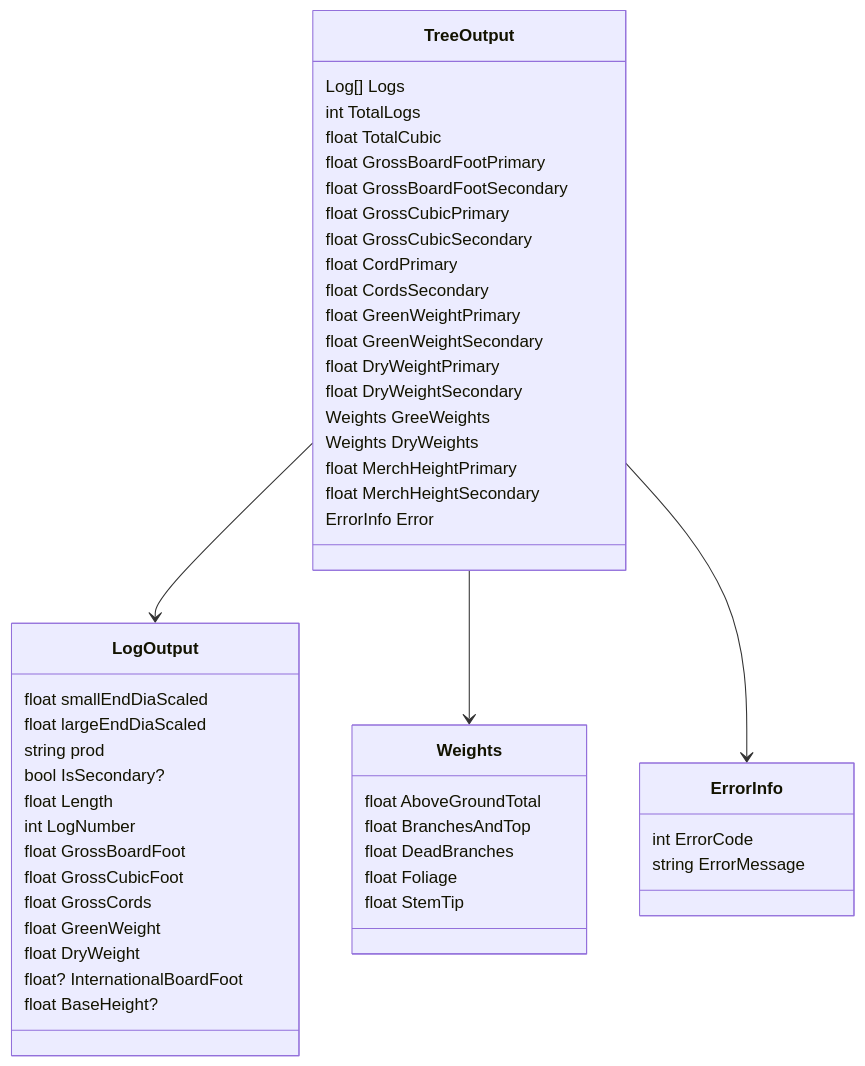
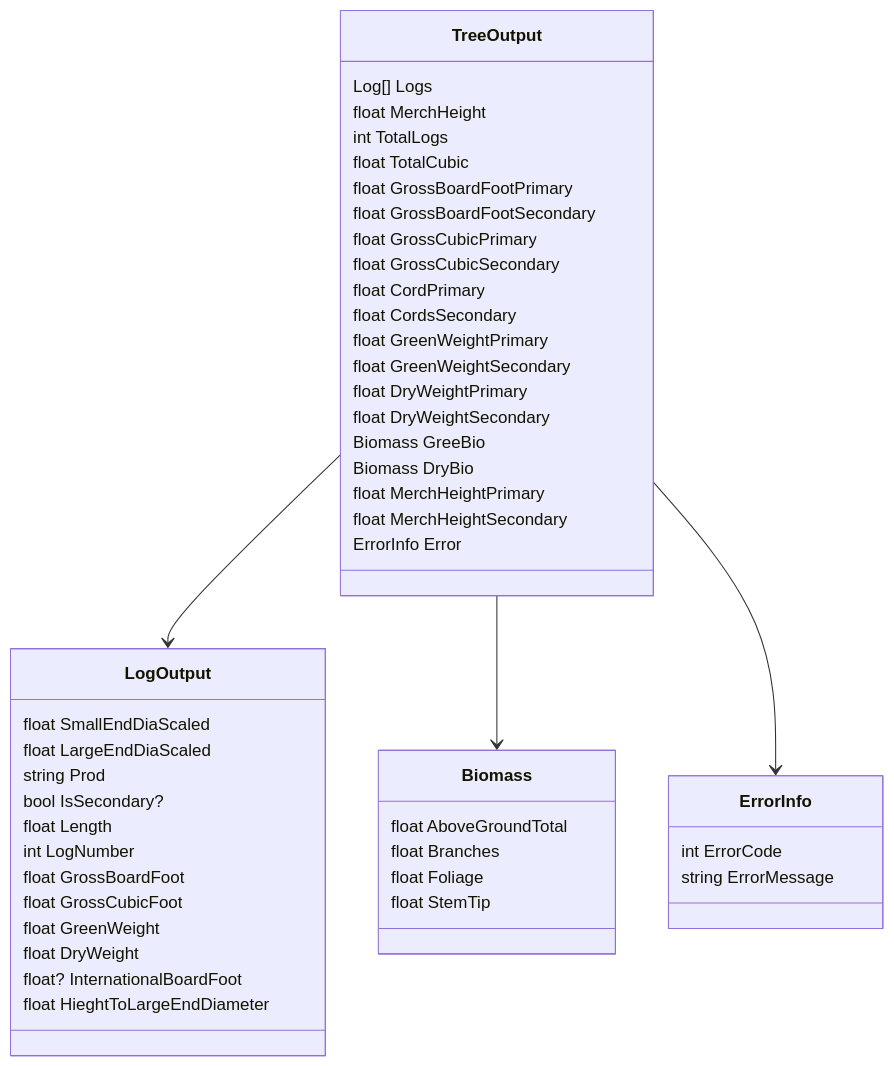
One commit to FMSC-Measurements/VolumeLibrary changed the diagram in docs/NewVolLibPlanning/VolLibOutputs.md. Above: the diagram before and after it, drawn with Mermaid. The commit also changed other lines of this file and 1 other file, not shown here.

Commit message:
update planning docs

````diff
--- a/docs/NewVolLibPlanning/VolLibOutputs.md
+++ b/docs/NewVolLibPlanning/VolLibOutputs.md
@@ -10,63 +14,63 @@
 ```mermaid
 classDiagram
 
     TreeOutput-->LogOutput
-    TreeOutput-->Weights
+    TreeOutput-->Biomass
     TreeOutput-->ErrorInfo
 
     class TreeOutput{
         Log[] Logs
+
+        float MerchHeight
 
         int TotalLogs
         float TotalCubic
         float GrossBoardFootPrimary
         float GrossBoardFootSecondary
         float GrossCubicPrimary
         float GrossCubicSecondary
         float CordPrimary
         float CordsSecondary
         float GreenWeightPrimary
         float GreenWeightSecondary
         float DryWeightPrimary
         float DryWeightSecondary
 
-        Weights GreeWeights
-        Weights DryWeights
+        Biomass GreeBio
+        Biomass DryBio
 
         float MerchHeightPrimary
         float MerchHeightSecondary
 
         ErrorInfo Error
     }   
 
     class ErrorInfo{
         int ErrorCode
         string ErrorMessage
     }
 
-    class Weights {
+    class Biomass {
         float AboveGroundTotal
-        float BranchesAndTop
-        float DeadBranches
+        float Branches
         float Foliage
         float StemTip
     }
 
 
     class LogOutput {
-        float smallEndDiaScaled
-        float largeEndDiaScaled
-        string prod 
+        float SmallEndDiaScaled
+        float LargeEndDiaScaled
+        string Prod 
         bool IsSecondary?
         float Length
         int LogNumber
         float GrossBoardFoot
         float GrossCubicFoot
-        float GrossCords 
         float GreenWeight
         float DryWeight
         float? InternationalBoardFoot
-        float BaseHeight?
+        float HieghtToLargeEndDiameter
     }
 
 ```
````
